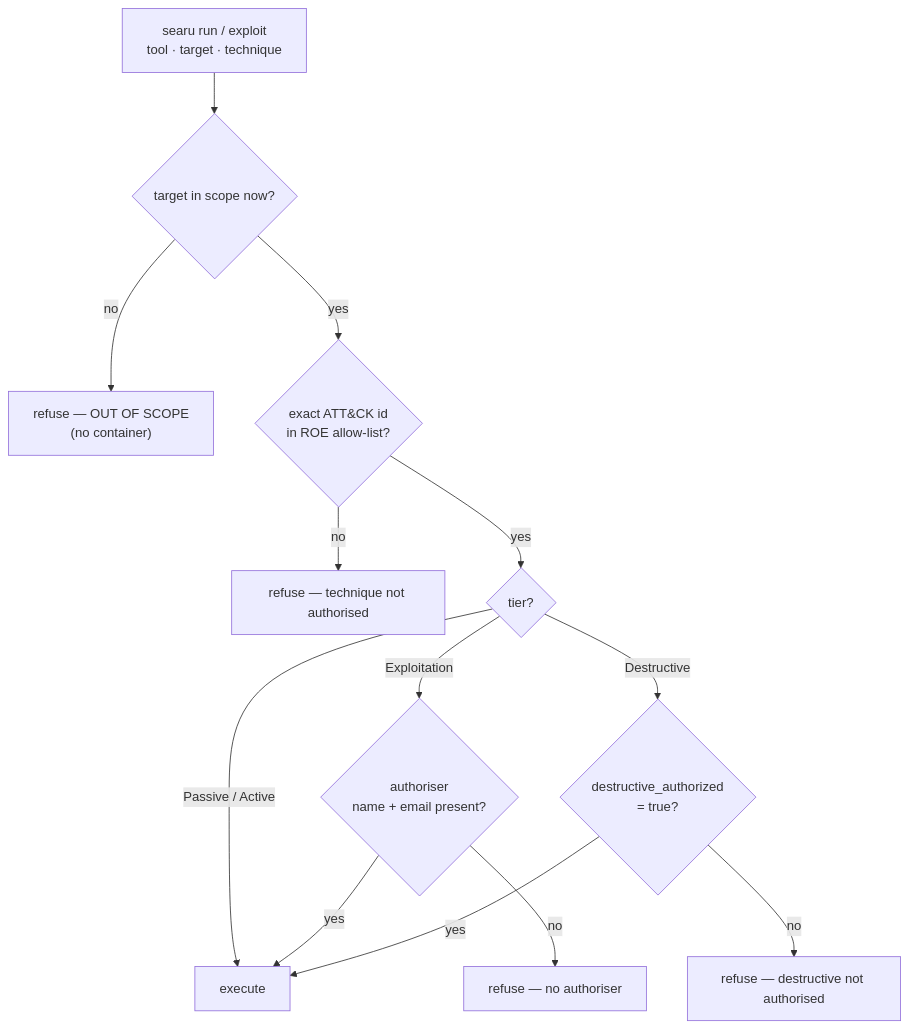
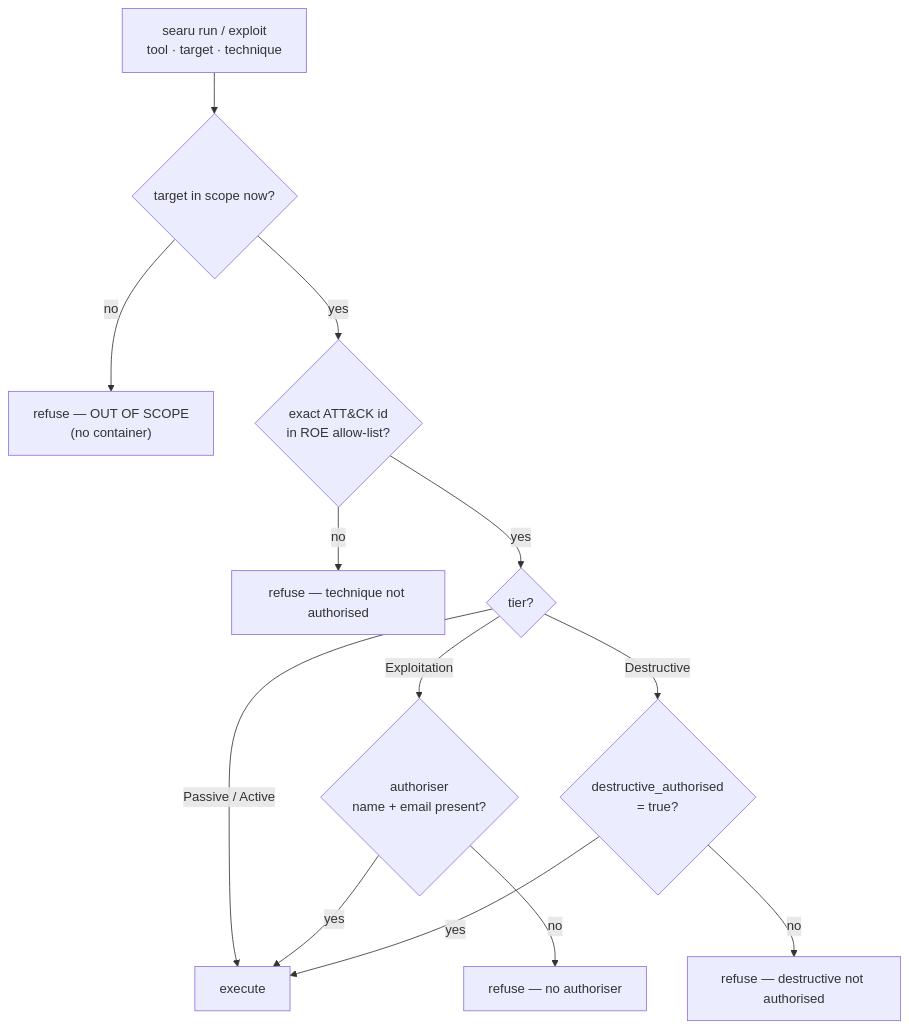
Before and after one commit to acodeninja/searu: the third of 4 diagrams in docs/product-plan.md, drawn with Mermaid. The commit also changed other lines of this file and 3 other files, not shown here.

````diff
--- a/docs/product-plan.md
+++ b/docs/product-plan.md
@@ -310,15 +339,15 @@
 ```mermaid
 flowchart TD
     A["searu run / exploit<br/>tool · target · technique"] --> B{target in scope now?}
     B -- no --> R1["refuse — OUT OF SCOPE<br/>(no container)"]
     B -- yes --> C{exact ATT&CK id<br/>in ROE allow-list?}
     C -- no --> R2["refuse — technique not authorised"]
     C -- yes --> D{tier?}
     D -- Passive / Active --> RUN["execute"]
     D -- Exploitation --> E{authoriser<br/>name + email present?}
     E -- no --> R3["refuse — no authoriser"]
     E -- yes --> RUN
-    D -- Destructive --> F{destructive_authorized<br/>= true?}
+    D -- Destructive --> F{destructive_authorised<br/>= true?}
     F -- no --> R4["refuse — destructive not authorised"]
     F -- yes --> RUN
 ```
````
